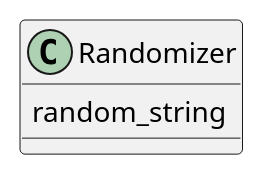
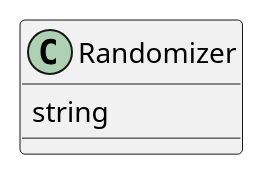
One commit to russell-n/apcommand changed the diagram in apcommand/commons/randomizer.rst. Above: the diagram before and after it, drawn with PlantUML. The commit also changed other lines of this file and 74 other files, not shown here.

```diff
--- a/apcommand/commons/randomizer.rst
+++ b/apcommand/commons/randomizer.rst
@@ -6,3 +6,3 @@
 .. uml::
 
-   Randomizer : random_string
+   Randomizer : string
```
